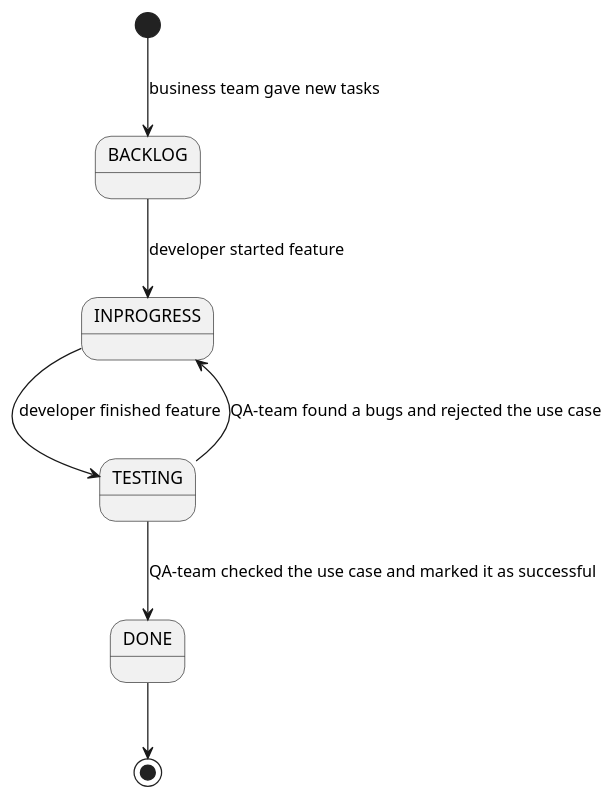
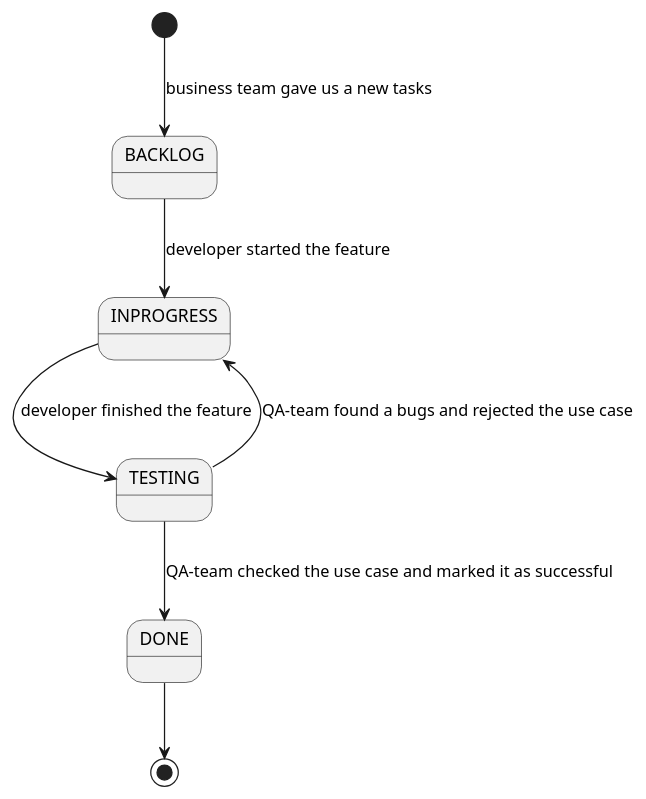
Before and after one commit to antkorwin/antkorwin.github.io: the first of 3 diagrams in statemachine/statemachine.adoc, drawn with PlantUML. The commit also changed other lines of this file and 3 other files, not shown here.

```diff
--- a/statemachine/statemachine.adoc
+++ b/statemachine/statemachine.adoc
@@ -35,9 +35,9 @@
 [plantuml]
 ....
-[*] --> BACKLOG : business team gave new tasks
-BACKLOG --> INPROGRESS : developer started feature
-INPROGRESS --> TESTING : developer finished feature
+[*] --> BACKLOG : business team gave us a new tasks
+BACKLOG --> INPROGRESS : developer started the feature
+INPROGRESS --> TESTING : developer finished the feature
 TESTING -->DONE : QA-team checked the use case and marked it as successful
 TESTING --> INPROGRESS : QA-team found a bugs and rejected the use case
 DONE --> [*]
 ....
```
